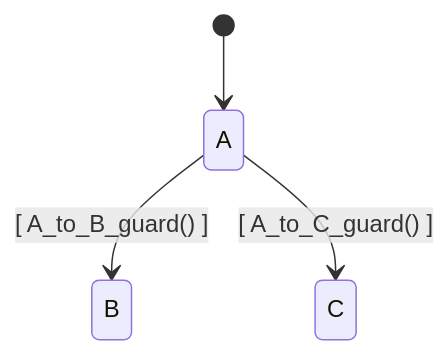
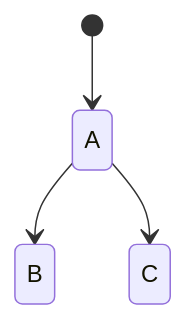
One commit to Stemt/sm.h changed the third of 4 diagrams in README.md. Above: the diagram before and after it, drawn with Mermaid. The commit also changed other lines of this file, not shown here.

Commit message:
removed redundant guards for transitions chaining explanation

````diff
--- a/README.md
+++ b/README.md
@@ -335,6 +335,6 @@
 ```mermaid
 stateDiagram-v2
   [*] --> A
-  A --> B : [ A_to_B_guard() ]
-  A --> C : [ A_to_C_guard() ]
+  A --> B
+  A --> C
 ```
````
